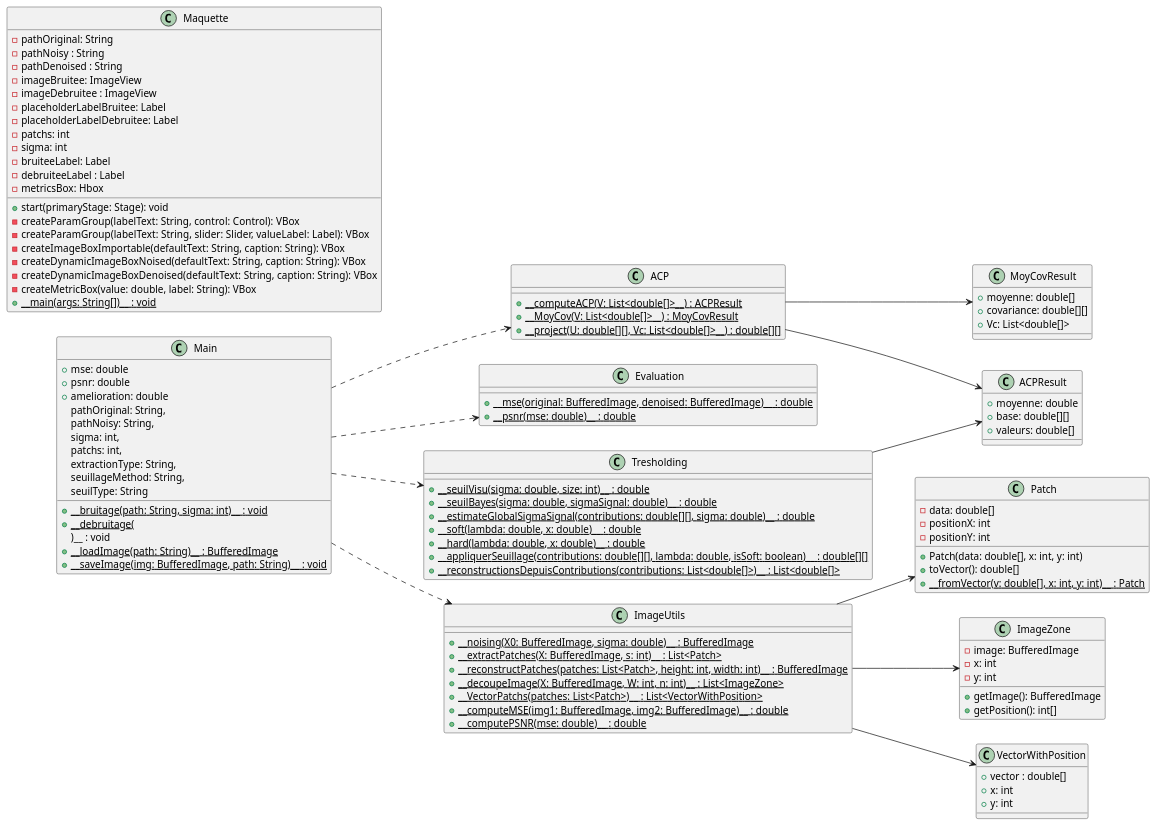
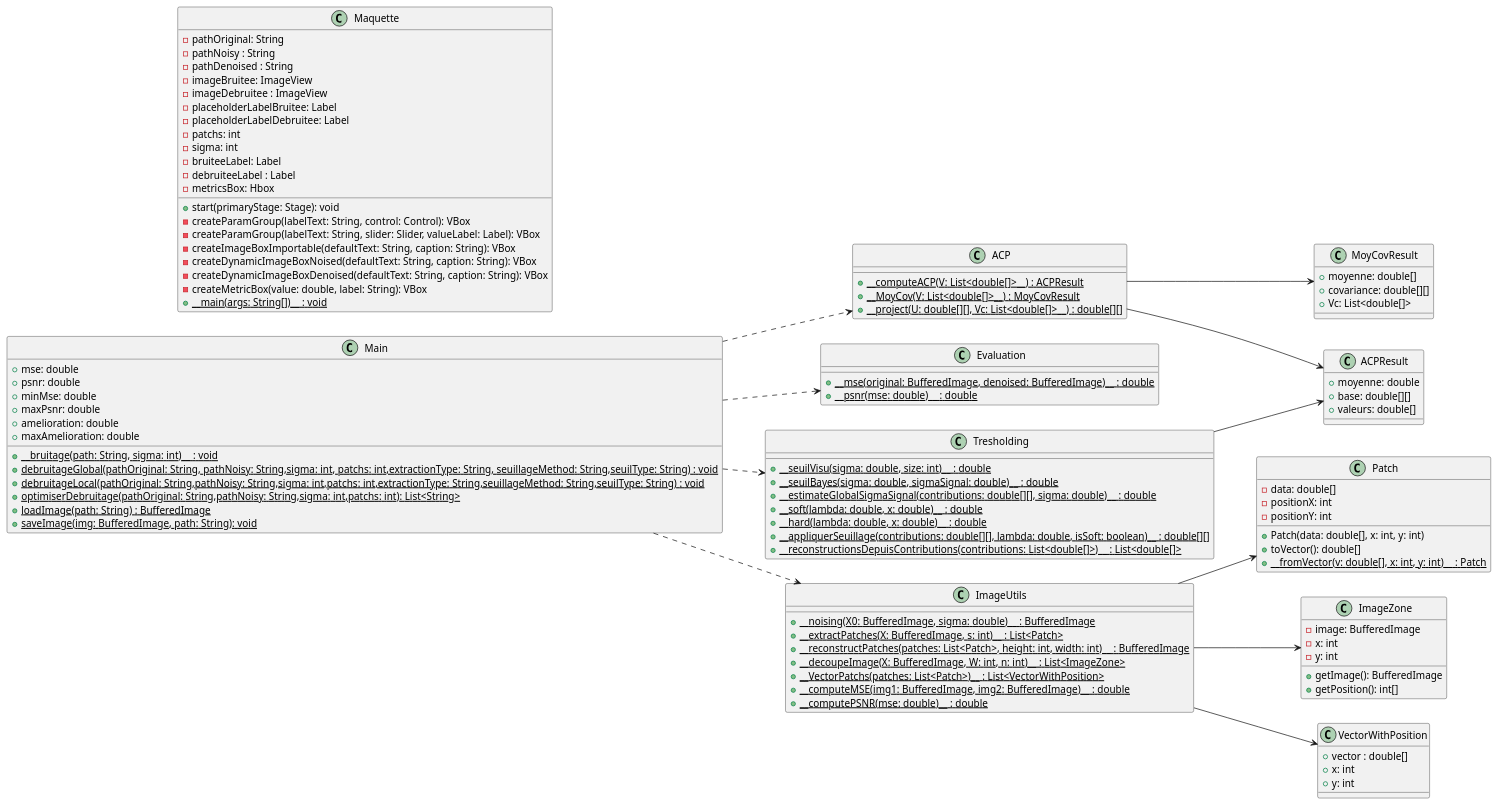
One commit to Thomasgin/Projet-Java changed the diagram in analyse/diagrammePUML/diagClass.puml. Above: the diagram before and after it, drawn with PlantUML. The commit also changed 2 other files, not shown here.

Commit message:
update diagramme de classe

```diff
--- a/analyse/diagrammePUML/diagClass.puml
+++ b/analyse/diagrammePUML/diagClass.puml
@@ -1,125 +1,122 @@
 @startuml
 left to right direction
 '### Classes principales ###
 class ACP {
     {static} + __computeACP(V: List<double[]>__) : ACPResult
     {static} + __MoyCov(V: List<double[]>__) : MoyCovResult
     {static} + __project(U: double[][], Vc: List<double[]>__) : double[][]
 }
 
 class Evaluation {
     {static} + __mse(original: BufferedImage, denoised: BufferedImage)__ : double
     {static} + __psnr(mse: double)__ : double
 }
 
 class ImageUtils {
     {static} + __noising(X0: BufferedImage, sigma: double)__ : BufferedImage
     {static} + __extractPatches(X: BufferedImage, s: int)__ : List<Patch>
     {static} + __reconstructPatches(patches: List<Patch>, height: int, width: int)__ : BufferedImage
     {static} + __decoupeImage(X: BufferedImage, W: int, n: int)__ : List<ImageZone>
     {static} + __VectorPatchs(patches: List<Patch>)__ : List<VectorWithPosition>
     {static} + __computeMSE(img1: BufferedImage, img2: BufferedImage)__ : double
     {static} + __computePSNR(mse: double)__ : double
 }
 
 class Maquette {
     - pathOriginal: String
     - pathNoisy : String
     - pathDenoised : String
     - imageBruitee: ImageView
     - imageDebruitee : ImageView
     - placeholderLabelBruitee: Label
     - placeholderLabelDebruitee: Label
     - patchs: int
     - sigma: int
     - bruiteeLabel: Label 
     - debruiteeLabel : Label 
     - metricsBox: Hbox
     + start(primaryStage: Stage): void
     - createParamGroup(labelText: String, control: Control): VBox
     - createParamGroup(labelText: String, slider: Slider, valueLabel: Label): VBox
     - createImageBoxImportable(defaultText: String, caption: String): VBox
     - createDynamicImageBoxNoised(defaultText: String, caption: String): VBox
     - createDynamicImageBoxDenoised(defaultText: String, caption: String): VBox
     - createMetricBox(value: double, label: String): VBox
     {static} + __main(args: String[])__ : void
 }
 
 class Patch {
     - data: double[]
     - positionX: int
     - positionY: int
     + Patch(data: double[], x: int, y: int)
     + toVector(): double[]
     {static} + __fromVector(v: double[], x: int, y: int)__ : Patch
 }
 
 class Tresholding {
     {static} + __seuilVisu(sigma: double, size: int)__ : double
     {static} + __seuilBayes(sigma: double, sigmaSignal: double)__ : double
     {static} + __estimateGlobalSigmaSignal(contributions: double[][], sigma: double)__ : double
     {static} + __soft(lambda: double, x: double)__ : double
     {static} + __hard(lambda: double, x: double)__ : double
     {static} + __appliquerSeuillage(contributions: double[][], lambda: double, isSoft: boolean)__ : double[][]
     {static} + __reconstructionsDepuisContributions(contributions: List<double[]>)__ : List<double[]>
 }
 
 '### Classes de stockage ###
 class ACPResult {
     + moyenne: double
     + base: double[][]
     + valeurs: double[]
 }
 
 class ImageZone {
     - image: BufferedImage
     - x: int
     - y: int
     + getImage(): BufferedImage
     + getPosition(): int[]
 }
 
 class MoyCovResult {
     + moyenne: double[]
     + covariance: double[][]
     + Vc: List<double[]>
 }
 
 class VectorWithPosition {
     + vector : double[]
     + x: int
     + y: int
 }
 
 '### Classe Main ###
 class Main {
     + mse: double
     + psnr: double
+    + minMse: double
+    + maxPsnr: double
     + amelioration: double
+    + maxAmelioration: double
     {static} + __bruitage(path: String, sigma: int)__ : void
-    {static} + __debruitage(
-        pathOriginal: String,
-        pathNoisy: String,
-        sigma: int,
-        patchs: int,
-        extractionType: String,
-        seuillageMethod: String,
-        seuilType: String
-    )__ : void
-    {static} + __loadImage(path: String)__ : BufferedImage
-    {static} + __saveImage(img: BufferedImage, path: String)__ : void
+    {static} + debruitageGlobal(pathOriginal: String, pathNoisy: String,sigma: int, patchs: int,extractionType: String, seuillageMethod: String,seuilType: String) : void
+    {static} + debruitageLocal(pathOriginal: String,pathNoisy: String,sigma: int,patchs: int,extractionType: String,seuillageMethod: String,seuilType: String) : void
+    {static} + optimiserDebruitage(pathOriginal: String,pathNoisy: String,sigma: int,patchs: int): List<String>
+    {static} + loadImage(path: String) : BufferedImage
+    {static} + saveImage(img: BufferedImage, path: String): void
 }
 
 '### Relations ###
 ACP --> ACPResult
 ACP --> MoyCovResult
 ImageUtils --> Patch
 ImageUtils --> ImageZone
 ImageUtils --> VectorWithPosition
 Tresholding --> ACPResult
 Main ..> ImageUtils
 Main ..> ACP
 Main ..> Tresholding
 Main ..> Evaluation
 
 @enduml
```
